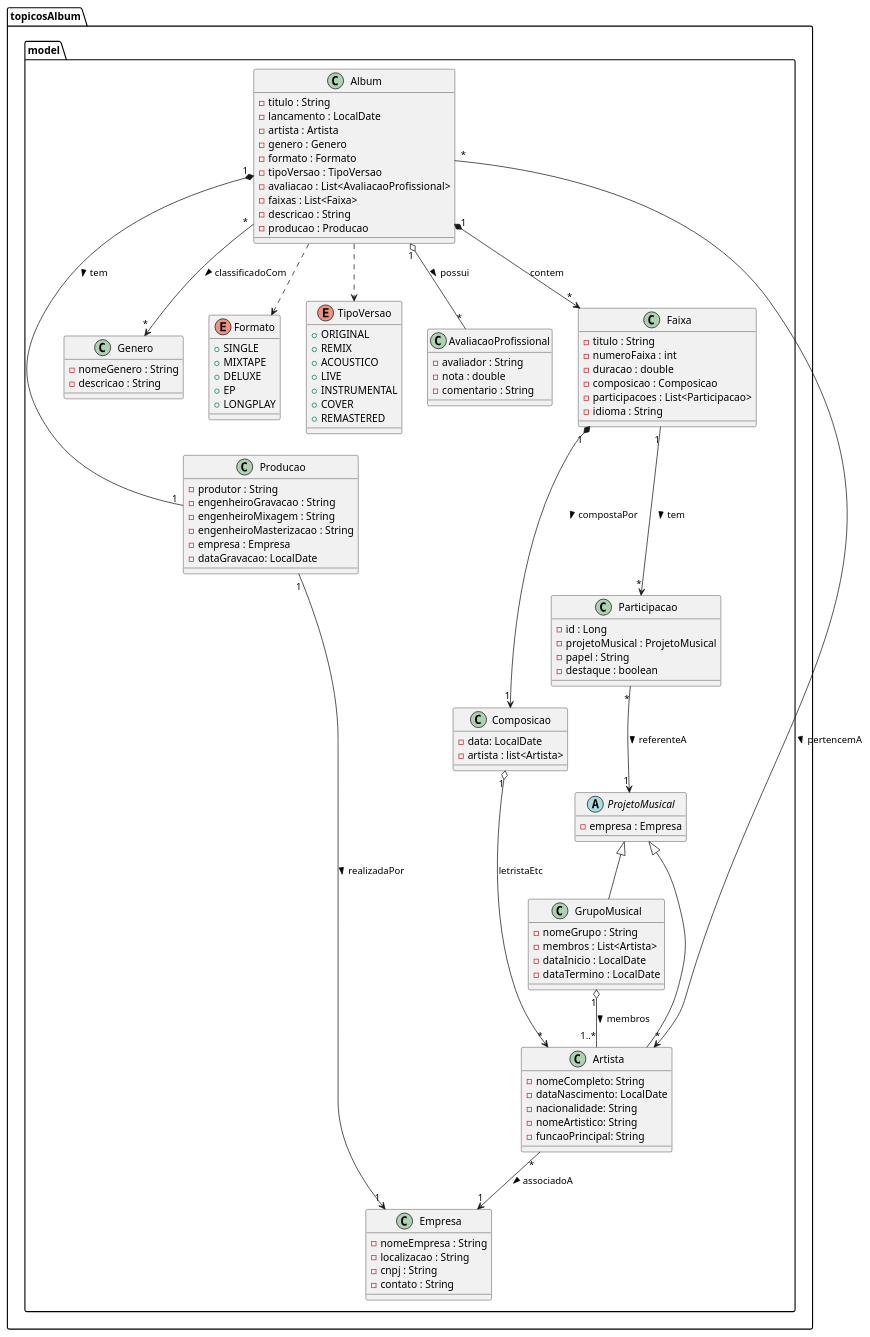
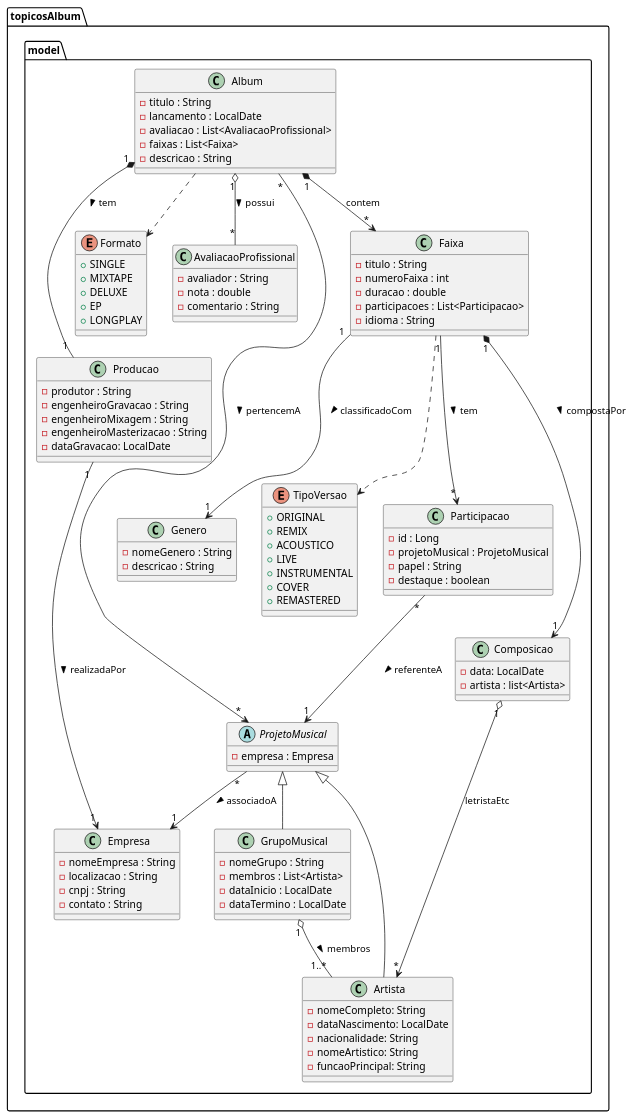
Before and after one commit to tigersonari/AlbunsMusicais: the diagram in src/main/resources/diagrama.plantuml, drawn with PlantUML.

Commit message:
novoDiagrama

```diff
--- a/src/main/resources/diagrama.plantuml
+++ b/src/main/resources/diagrama.plantuml
@@ -1,200 +1,195 @@
 @startuml
 
 package "topicosAlbum.model" {
 
     class Album {
         - titulo : String
         - lancamento : LocalDate
-        - artista : Artista
-        - genero : Genero
-        - formato : Formato
-        - tipoVersao : TipoVersao
         - avaliacao : List<AvaliacaoProfissional>
         - faixas : List<Faixa>
         - descricao : String
-        - producao : Producao
     }
     ' - duracaoTotal : double
     ' duracao total pode ser calculada somando a duracao de todas as faixas
     ' - tamanhoDoAlbum : int
     ' tamanho do album pode ser calculado somando o tamanho de todas as faixas
 
     class Empresa {
         - nomeEmpresa : String
         - localizacao : String
         - cnpj : String
         - contato : String
     }
 
     abstract class ProjetoMusical {
        - empresa : Empresa
     }
 
     class Artista extends ProjetoMusical {
        - nomeCompleto: String
        - dataNascimento: LocalDate
        - nacionalidade: String
        - nomeArtistico: String
        - funcaoPrincipal: String
        ' pode ser cantor, compositor, letrista, produtor, etc.
     }
     
     class GrupoMusical extends ProjetoMusical {
        - nomeGrupo : String
        - membros : List<Artista>
        - dataInicio : LocalDate
        - dataTermino : LocalDate
     }
 
 
     class Genero {
         - nomeGenero : String
         - descricao : String
     }
 
     enum Formato {
         +SINGLE
         +MIXTAPE
         +DELUXE
         +EP
         +LONGPLAY
     }
 
     enum TipoVersao {
         + ORIGINAL
         + REMIX
         + ACOUSTICO
         + LIVE
         + INSTRUMENTAL
         + COVER
         + REMASTERED
     }
     ' enum é apenas uma maneira simplificada. profissionalmente, o ideal é criar uma tabela distinta para versão, onde o detalhamento pode ser maior.
     ' ex> class Versao {
     ' - id : Long
     ' - tipo : TipoVersao
     ' - faixaOriginal : Faixa
     ' - faixaDerivada : Faixa
     ' }
 
 
     ' enum TipoMidia {
         ' + CD
         ' + VINIL
         ' + FITA
         ' + DIGITAL
     ' }
 
 
     class AvaliacaoProfissional {
         - avaliador : String
         - nota : double
         - comentario : String
     }
 
     class Producao {
         - produtor : String
         - engenheiroGravacao : String
         - engenheiroMixagem : String
         - engenheiroMasterizacao : String
-        - empresa : Empresa 
         - dataGravacao: LocalDate
     }
     ' empresa em produção é a empresa que fez a produção do álbum, que pode ser diferente da empresa que lançou o álbum/do artista
 
     class Composicao {
         - data: LocalDate
         - artista : list<Artista>
     }
     ' relação com artista (letrista)
 
      class Participacao {
     - id : Long  
     - projetoMusical : ProjetoMusical 
     - papel : String             
     - destaque : boolean 
     }
     ' papel pode ser "feat.", "banda de apoio", etc.
     ' destaque indica se o participante é um artista principal (true) ou um artista de apoio
     ' ex.: em "Eminem feat. Rihanna", Eminem é o artista principal (destaque=true) e Rihanna é a artista de apoio (destaque=false)
     ' em "Banda X", todos os membros da banda são artistas principais (destaque=true)
 
 
     class Faixa {
     - titulo : String            
     - numeroFaixa : int          
-    - duracao : double           
-    - composicao : Composicao    
+    - duracao : double              
     - participacoes : List<Participacao>             
     - idioma : String 
     }
     ' a produção (produtor, engenheiros, gravadora, etc.) normalmente é atribuída ao álbum como um todo, não a cada faixa individual.
     ' porém, em alguns casos especiais, cada faixa pode ter produtores diferentes (ex.: álbuns de K-pop, onde cada faixa pode ter equipes diferentes).
     ' então PENSAR se a modelagem mais complexa - e mais realista - com producao em faixa vale a pena.
     ' por ora, deixar a produção vinculada ao álbum como um todo.
 
     
 
       ' RELACIONAMENTOS
 
 
-    Album "*" --> "*" Artista : pertencemA >
+    Album "*" --> "*" ProjetoMusical : pertencemA >
     'existem álbuns colaborativos (mais de um artista principal).
 
     'Album "*" --> "1" Empresa : lançados por > (tirado por ser bidirecional. artista já está associado a empresa. necessário apenas uma query)
 
-    Album "*" --> "*" Genero : classificadoCom >
+    Faixa "1" --> "1" Genero : classificadoCom >
+    ' pensar se gênero deve ser uma lista (mais de um gênero por faixa)
+    ' pensar se gênero deve ser associado ao album em vez de faixa
     
     
 
 
     Album "1" o-- "*" AvaliacaoProfissional : possui >
     ' agregação. album agrega várias avaliacaoProfissional
     ' avaliações podem existir sem o álbum (não são destruídas junto com ele)
 
 
     ' Faixa "1" *-- "1" Producao : produzidoPor >
     ' producao só existe se tiver um album, pois cada album tem um time de producao diferente e especifico
     ' a produção é exclusiva daquele álbum (não existe sem ele).
 
 
     Album "1"*--> "*" Faixa : contem
 
     Album "1" *-- "1" Producao : tem >
     ' composição forte. produção não existe sem o álbum. se o álbum for deletado, a produção também é.
 
-    Artista "*" --> "1" Empresa : associadoA >
+    ProjetoMusical "*" --> "1" Empresa : associadoA >
     
     Producao "1" --> "1" Empresa : realizadaPor >
     
 
     GrupoMusical "1" o-- "1..*" Artista : membros >
     ' todo grupo precisa de pelo menos 1 membro
 
     Album ..> Formato 
     ' Dependência (uso do enum). album usa formato, mas formato não depende de album
     
-    Album ..> TipoVersao
+    Faixa ..> TipoVersao
 
     Faixa "1" *--> "1" Composicao: compostaPor >
     ' composição forte. se a faixa for deletada, a composição também é.
 
 
     'Faixa "*" --> "*" ProjetoMusical : participacao >
     ' uma faixa pode ter participação de vários artistas ou grupos musicais (ex.: feat., banda de apoio, etc.)
 
 
     Faixa "1" --> "*" Participacao: tem >
     ' uma faixa pode ter várias participações (feat., banda de apoio, etc.)
 
     Participacao "*" --> "1" ProjetoMusical: referenteA >
     ' uma participação está sempre vinculada a um projeto musical (artista ou grupo musical)
 
 
     Composicao "1" o--> "*" Artista: letristaEtc
     ' uma composição pode existir independente de uma faixa (ex.: música ainda não gravada).
 
 
 }
 
 @enduml
```
